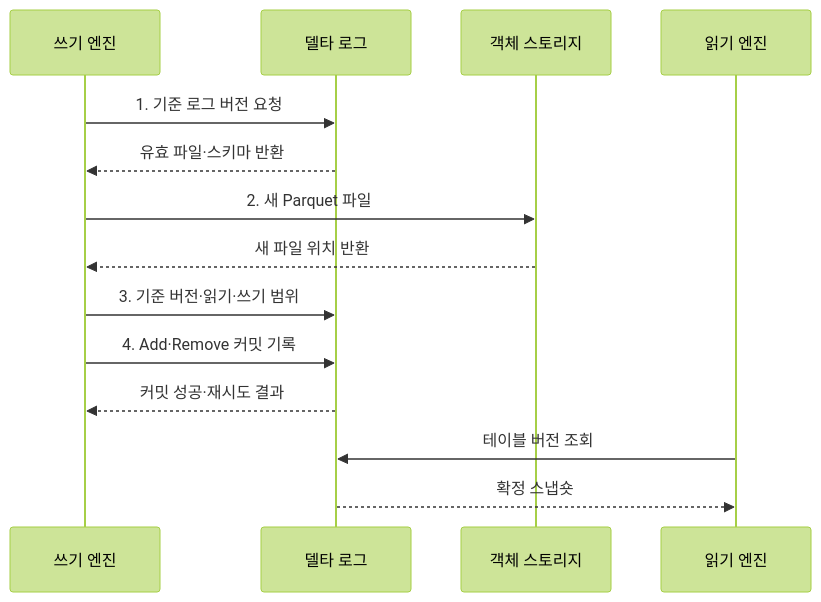
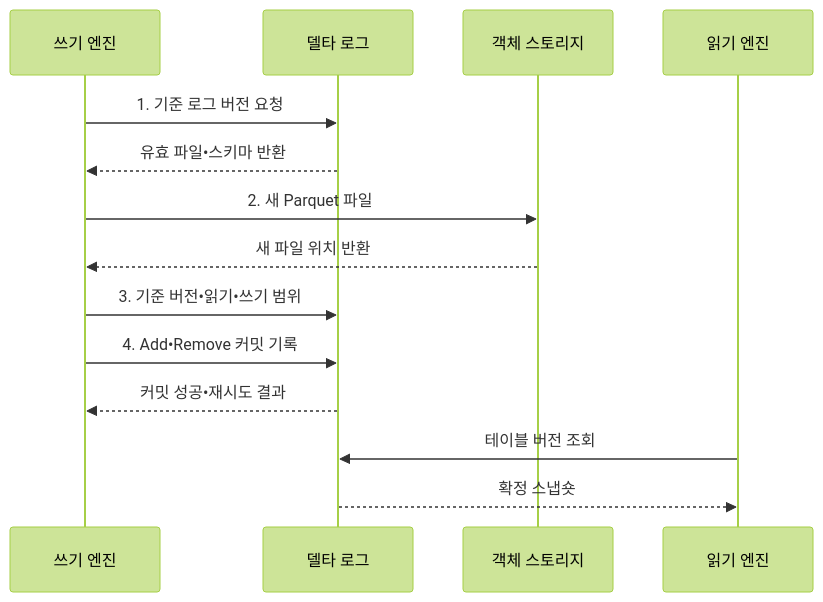
Before and after one commit to agnusdei1207/knowledge-base: the second of 2 diagrams in src/content/docs/notes/03-software/127_delta_lake.md, drawn with Mermaid (forest theme). The commit also changed other lines of this file and 953 other files, not shown here.

````diff
--- a/src/content/docs/notes/03-software/127_delta_lake.md
+++ b/src/content/docs/notes/03-software/127_delta_lake.md
@@ -110,16 +110,16 @@
 ```mermaid
 sequenceDiagram
     participant W as 쓰기 엔진
     participant L as 델타 로그
     participant D as 객체 스토리지
     participant R as 읽기 엔진
     W->>L: 1. 기준 로그 버전 요청
-    L-->>W: 유효 파일·스키마 반환
+    L-->>W: 유효 파일•스키마 반환
     W->>D: 2. 새 Parquet 파일
     D-->>W: 새 파일 위치 반환
-    W->>L: 3. 기준 버전·읽기·쓰기 범위
-    W->>L: 4. Add·Remove 커밋 기록
-    L-->>W: 커밋 성공·재시도 결과
+    W->>L: 3. 기준 버전•읽기•쓰기 범위
+    W->>L: 4. Add•Remove 커밋 기록
+    L-->>W: 커밋 성공•재시도 결과
     R->>L: 테이블 버전 조회
     L-->>R: 확정 스냅숏
 ```
````
